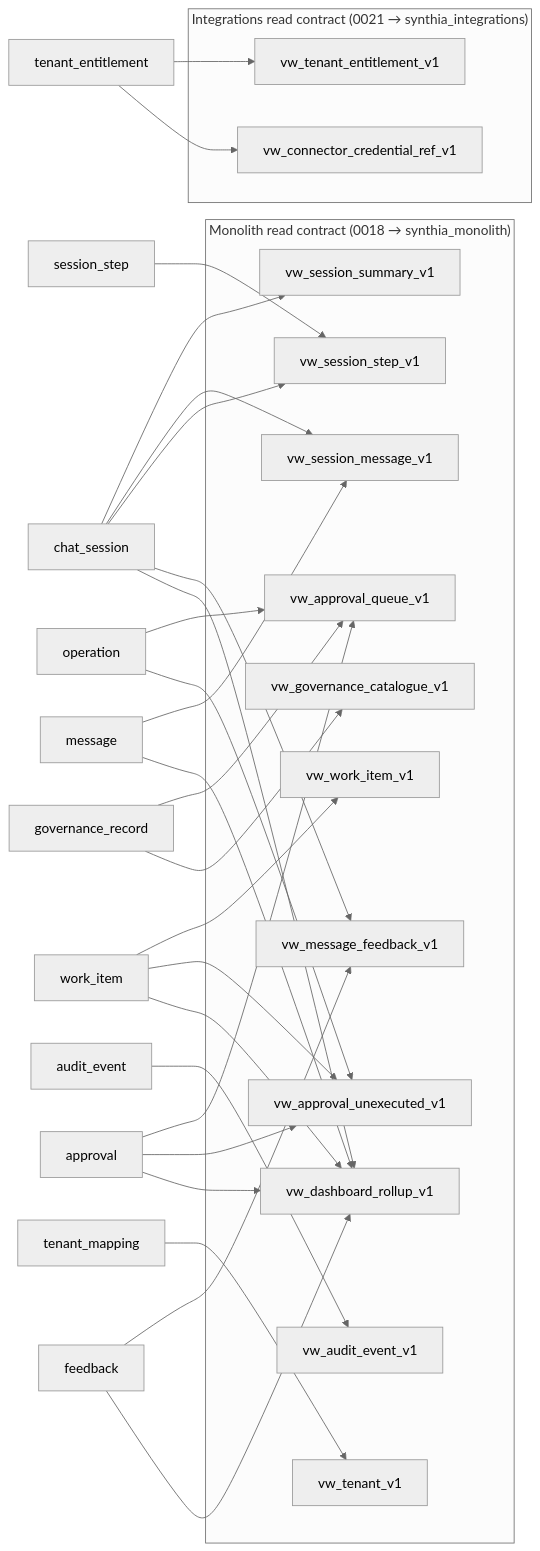
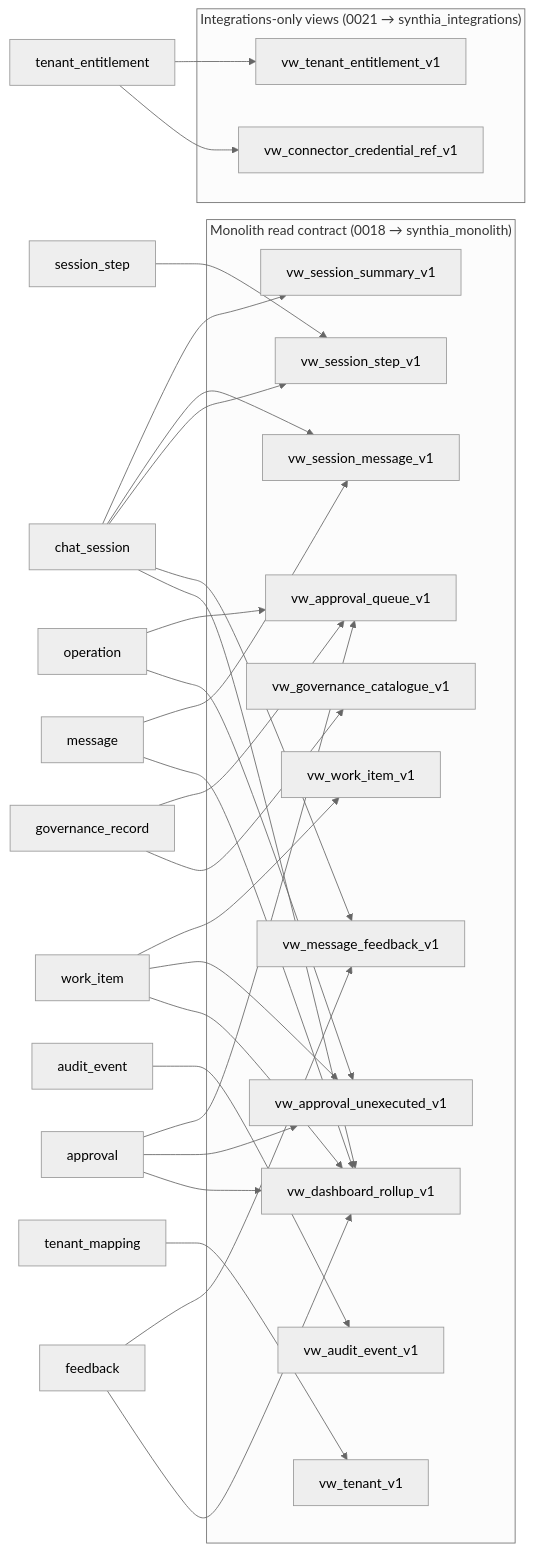
The fourth of 4 diagrams in docs/current-implementation/database.md (kotharinilay/itsm-poc), drawn with Mermaid (neutral theme) before and after one commit. The commit also changed other lines of this file and 3 other files, not shown here.

First line of the commit message:
fix(migrations): grant synthia_integrations the four views its code reads

````diff
--- a/docs/current-implementation/database.md
+++ b/docs/current-implementation/database.md
@@ -167,23 +167,23 @@
 ```mermaid
 flowchart LR
   subgraph "Monolith read contract (0018 → synthia_monolith)"
     v1[vw_session_summary_v1]; v2[vw_session_message_v1]; v3[vw_session_step_v1]
     v4[vw_work_item_v1]; v5[vw_approval_queue_v1]; v6[vw_approval_unexecuted_v1]
     v7[vw_audit_event_v1]; v8[vw_governance_catalogue_v1]; v9[vw_tenant_v1]
     v10[vw_message_feedback_v1]; v11[vw_dashboard_rollup_v1]
   end
-  subgraph "Integrations read contract (0021 → synthia_integrations)"
+  subgraph "Integrations-only views (0021 → synthia_integrations)"
     v12[vw_tenant_entitlement_v1]; v13[vw_connector_credential_ref_v1]
   end
   chat_session --> v1 & v2 & v3 & v10 & v11
   message --> v2 & v11
   session_step --> v3
   feedback --> v10 & v11
   work_item --> v4 & v6 & v11
   approval --> v5 & v6 & v11
   operation --> v5 & v6
   governance_record --> v5 & v8
   audit_event --> v7
   tenant_mapping --> v9
   tenant_entitlement --> v12 & v13
 ```
````
